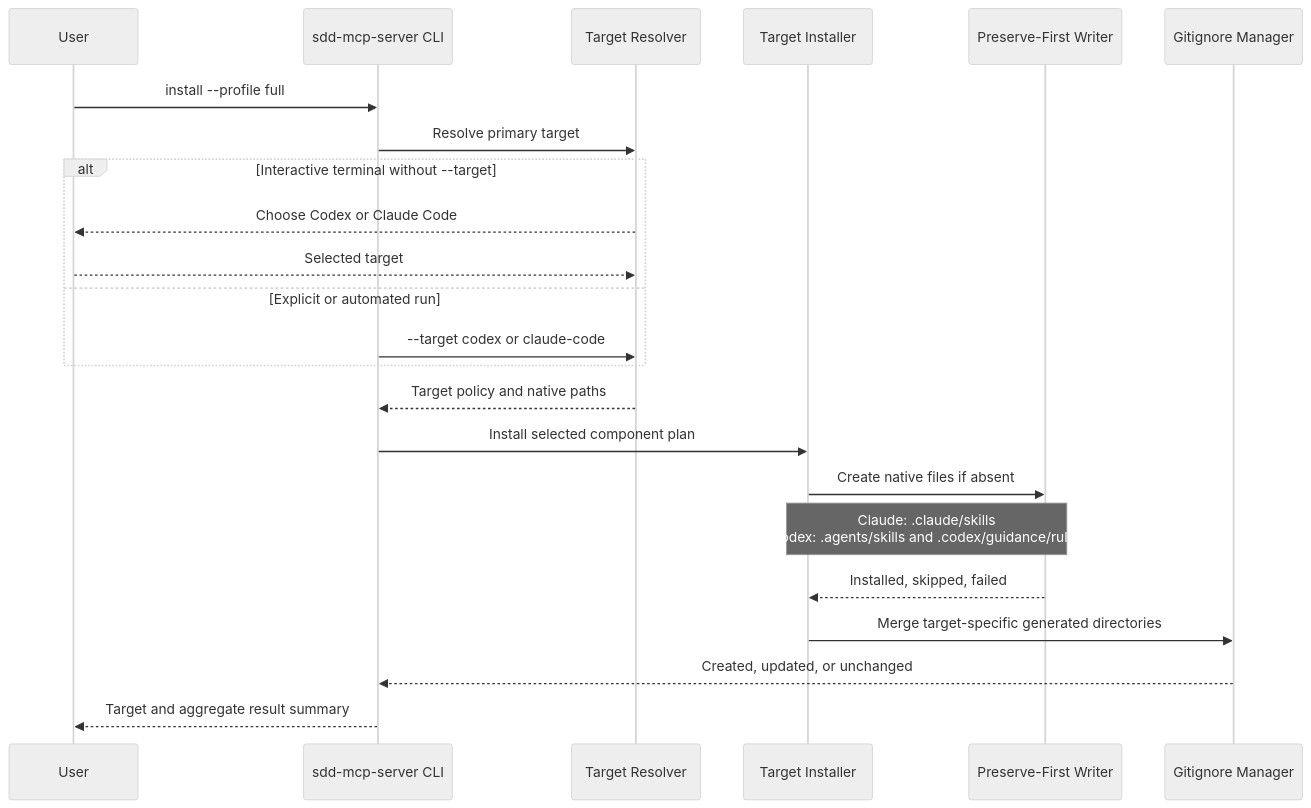
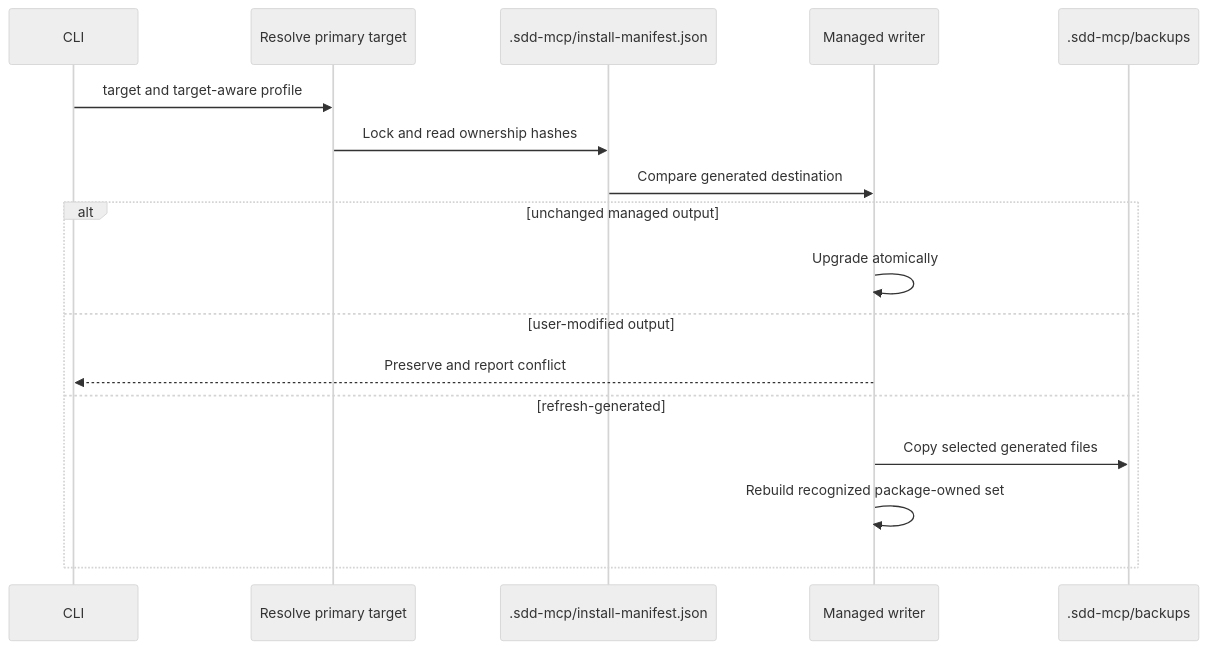
Before and after one commit to yi-john-huang/sdd-mcp: the third of 3 diagrams in docs/WORKFLOW.md, drawn with Mermaid (neutral theme). The commit also changed other lines of this file and 103 other files, not shown here.

````diff
--- a/docs/WORKFLOW.md
+++ b/docs/WORKFLOW.md
@@ -152,26 +111,19 @@
 ```mermaid
 sequenceDiagram
-    participant User
-    participant CLI as sdd-mcp-server CLI
-    participant Resolver as Target Resolver
-    participant Strategy as Target Installer
-    participant Writer as Preserve-First Writer
-    participant Ignore as Gitignore Manager
-
-    User->>CLI: install --profile full
-    CLI->>Resolver: Resolve primary target
-    alt Interactive terminal without --target
-        Resolver-->>User: Choose Codex or Claude Code
-        User-->>Resolver: Selected target
-    else Explicit or automated run
-        CLI->>Resolver: --target codex or claude-code
+    participant CLI
+    participant Resolver as Resolve primary target
+    participant Manifest as .sdd-mcp/install-manifest.json
+    participant Writer as Managed writer
+    participant Backup as .sdd-mcp/backups
+    CLI->>Resolver: target and target-aware profile
+    Resolver->>Manifest: Lock and read ownership hashes
+    Manifest->>Writer: Compare generated destination
+    alt unchanged managed output
+        Writer->>Writer: Upgrade atomically
+    else user-modified output
+        Writer-->>CLI: Preserve and report conflict
+    else refresh-generated
+        Writer->>Backup: Copy selected generated files
+        Writer->>Writer: Rebuild recognized package-owned set
     end
-    Resolver-->>CLI: Target policy and native paths
-    CLI->>Strategy: Install selected component plan
-    Strategy->>Writer: Create native files if absent
-    Note over Strategy,Writer: Claude: .claude/skills<br/>Codex: .agents/skills and .codex/guidance/rules
-    Writer-->>Strategy: Installed, skipped, failed
-    Strategy->>Ignore: Merge target-specific generated directories
-    Ignore-->>CLI: Created, updated, or unchanged
-    CLI-->>User: Target and aggregate result summary
 ```
````
